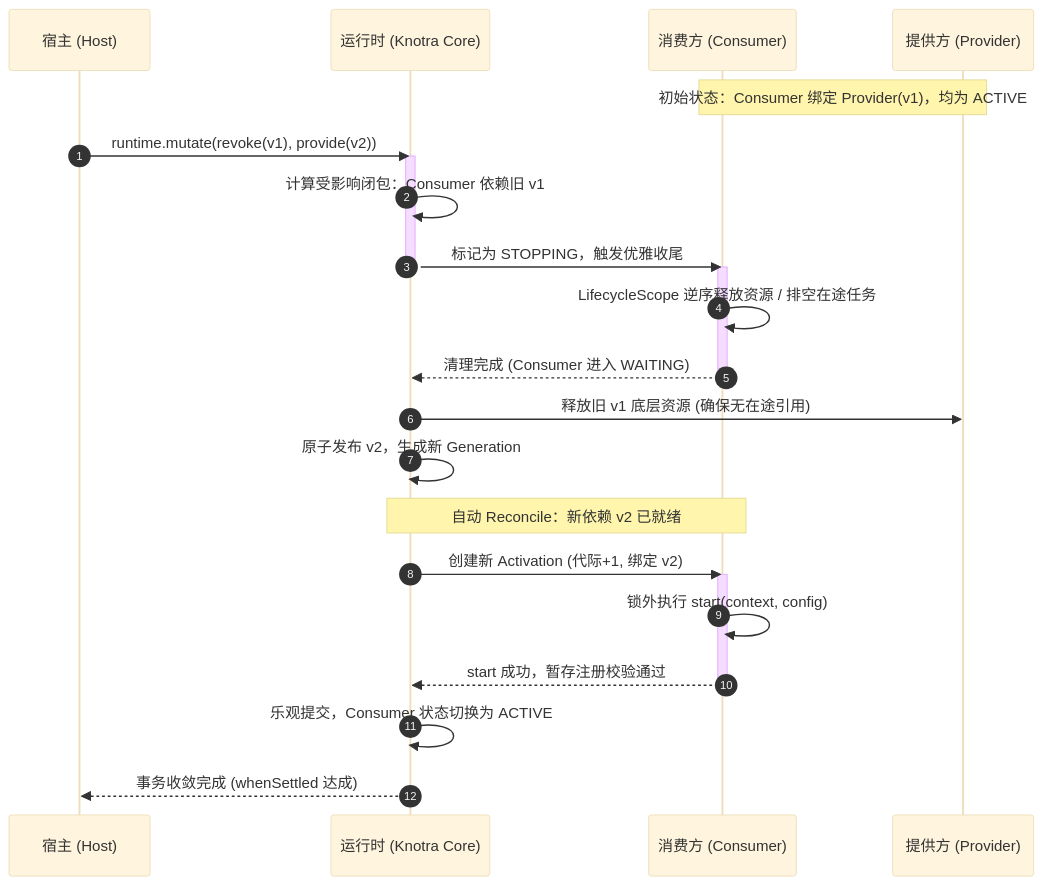
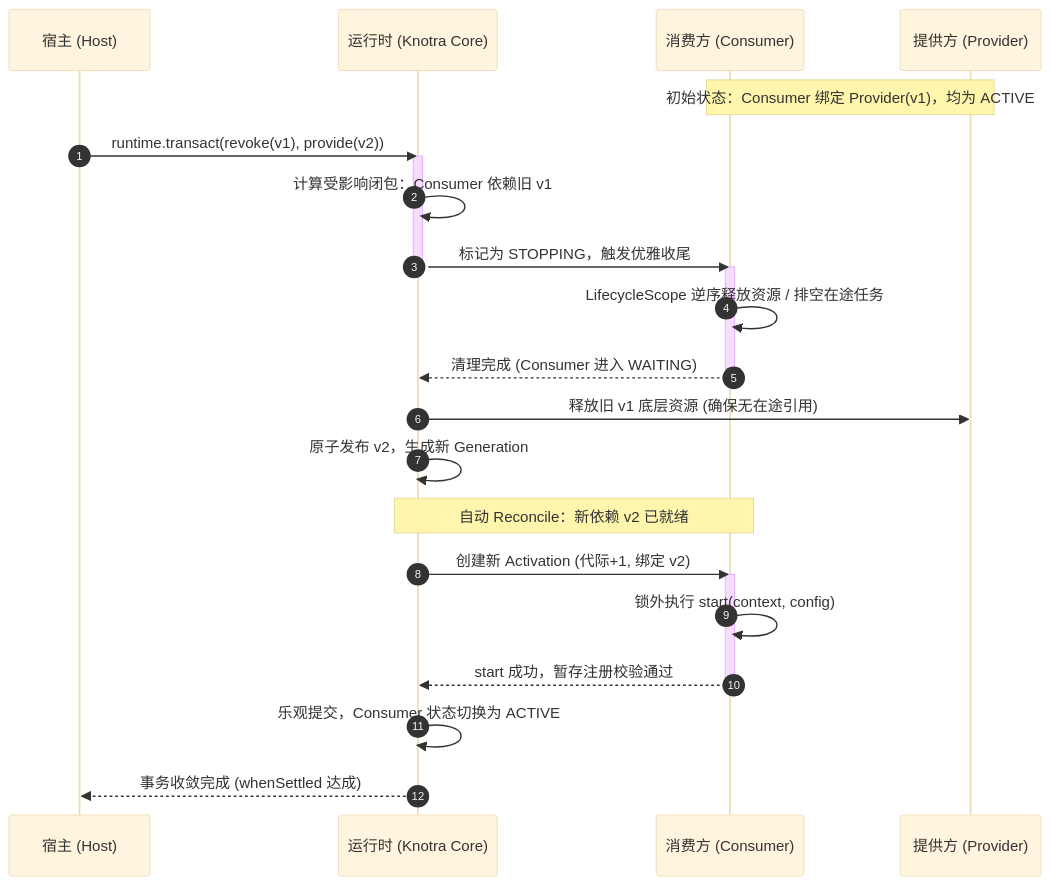
Before and after one commit to fjay/knotra: the second of 2 diagrams in docs/Knotra 运行时设计文档.md, drawn with Mermaid (base theme). The commit also changed other lines of this file and 101 other files, not shown here.

````diff
--- a/docs/Knotra 运行时设计文档.md
+++ b/docs/Knotra 运行时设计文档.md
@@ -217,33 +218,33 @@
 ```mermaid
 sequenceDiagram
     autonumber
     participant Host as 宿主 (Host)
     participant Core as 运行时 (Knotra Core)
     participant Consumer as 消费方 (Consumer)
     participant Provider as 提供方 (Provider)
 
     Note over Consumer,Provider: 初始状态：Consumer 绑定 Provider(v1)，均为 ACTIVE
-    Host->>Core: runtime.mutate(revoke(v1), provide(v2))
+    Host->>Core: runtime.transact(revoke(v1), provide(v2))
     activate Core
     Core->>Core: 计算受影响闭包：Consumer 依赖旧 v1
     Core->>Consumer: 标记为 STOPPING，触发优雅收尾
     deactivate Core
     
     activate Consumer
     Consumer->>Consumer: LifecycleScope 逆序释放资源 / 排空在途任务
     Consumer-->>Core: 清理完成 (Consumer 进入 WAITING)
     deactivate Consumer
 
     Core->>Provider: 释放旧 v1 底层资源 (确保无在途引用)
     Core->>Core: 原子发布 v2，生成新 Generation
 
     Note over Core,Consumer: 自动 Reconcile：新依赖 v2 已就绪
     Core->>Consumer: 创建新 Activation (代际+1, 绑定 v2)
     activate Consumer
     Consumer->>Consumer: 锁外执行 start(context, config)
     Consumer-->>Core: start 成功，暂存注册校验通过
     deactivate Consumer
     
     Core->>Core: 乐观提交，Consumer 状态切换为 ACTIVE
     Core-->>Host: 事务收敛完成 (whenSettled 达成)
 ```
````
